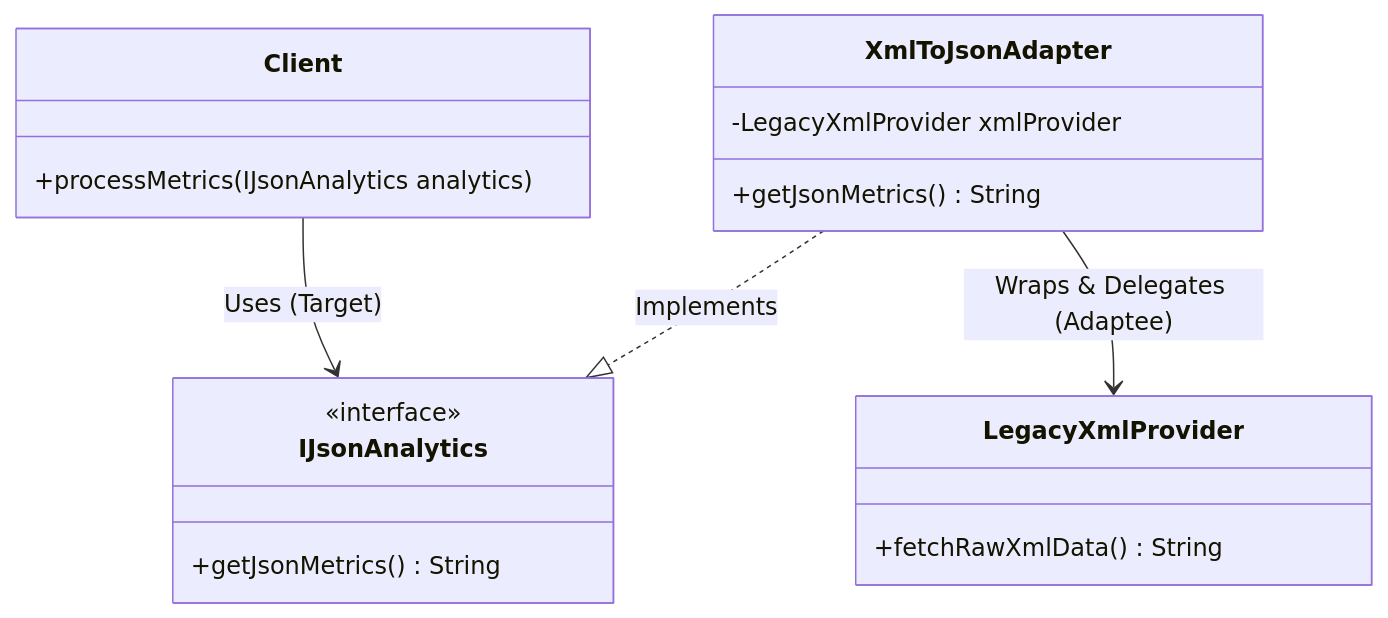
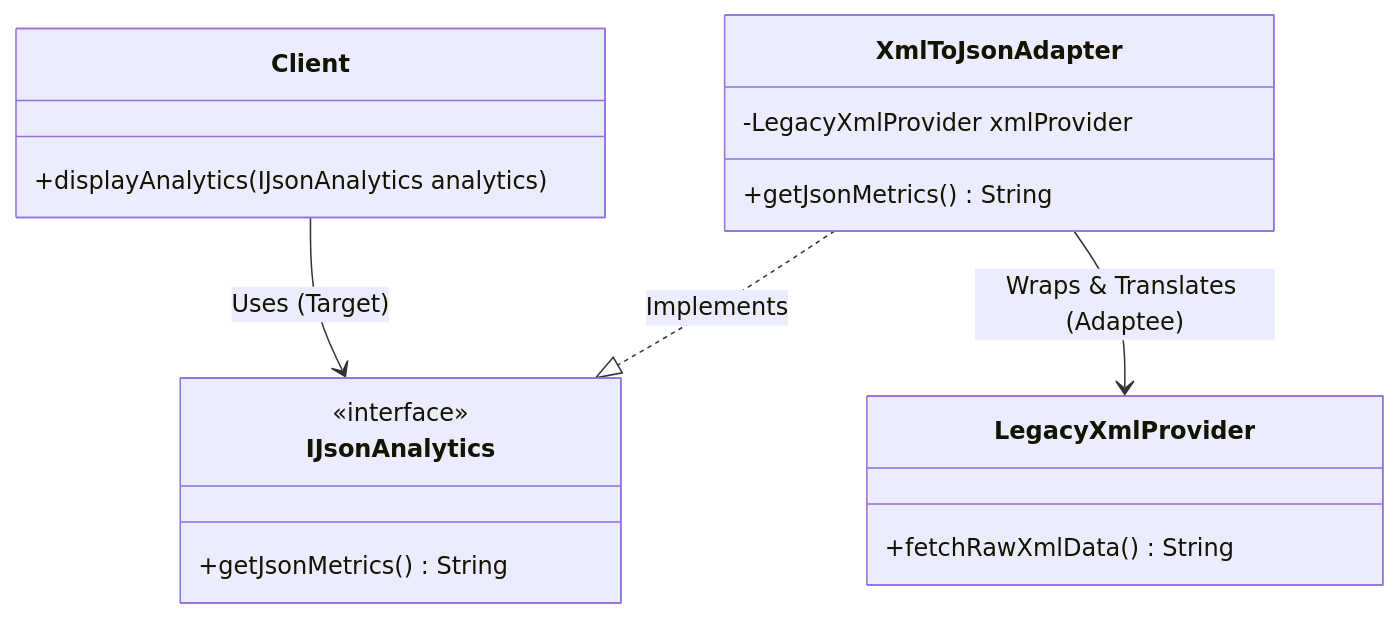
The first of 3 diagrams in 04-OOPs-and-Design-Patterns/03-Design-Patterns/16-Adapter-Design-Pattern.md (rohithgowda18/Notes), drawn with Mermaid before and after one commit. The commit also changed other lines of this file and 30 other files, not shown here.

````diff
--- a/04-OOPs-and-Design-Patterns/03-Design-Patterns/16-Adapter-Design-Pattern.md
+++ b/04-OOPs-and-Design-Patterns/03-Design-Patterns/16-Adapter-Design-Pattern.md
@@ -18,21 +7,21 @@
 ```mermaid
 classDiagram
     class Client {
-        +processMetrics(IJsonAnalytics analytics)
+        +displayAnalytics(IJsonAnalytics analytics)
     }
     class IJsonAnalytics {
         <<interface>>
         +getJsonMetrics() String
     }
     class XmlToJsonAdapter {
         -LegacyXmlProvider xmlProvider
         +getJsonMetrics() String
     }
     class LegacyXmlProvider {
         +fetchRawXmlData() String
     }
 
     Client --> IJsonAnalytics : Uses (Target)
     XmlToJsonAdapter ..|> IJsonAnalytics : Implements
-    XmlToJsonAdapter --> LegacyXmlProvider : Wraps & Delegates (Adaptee)
+    XmlToJsonAdapter --> LegacyXmlProvider : Wraps & Translates (Adaptee)
 ```
````
